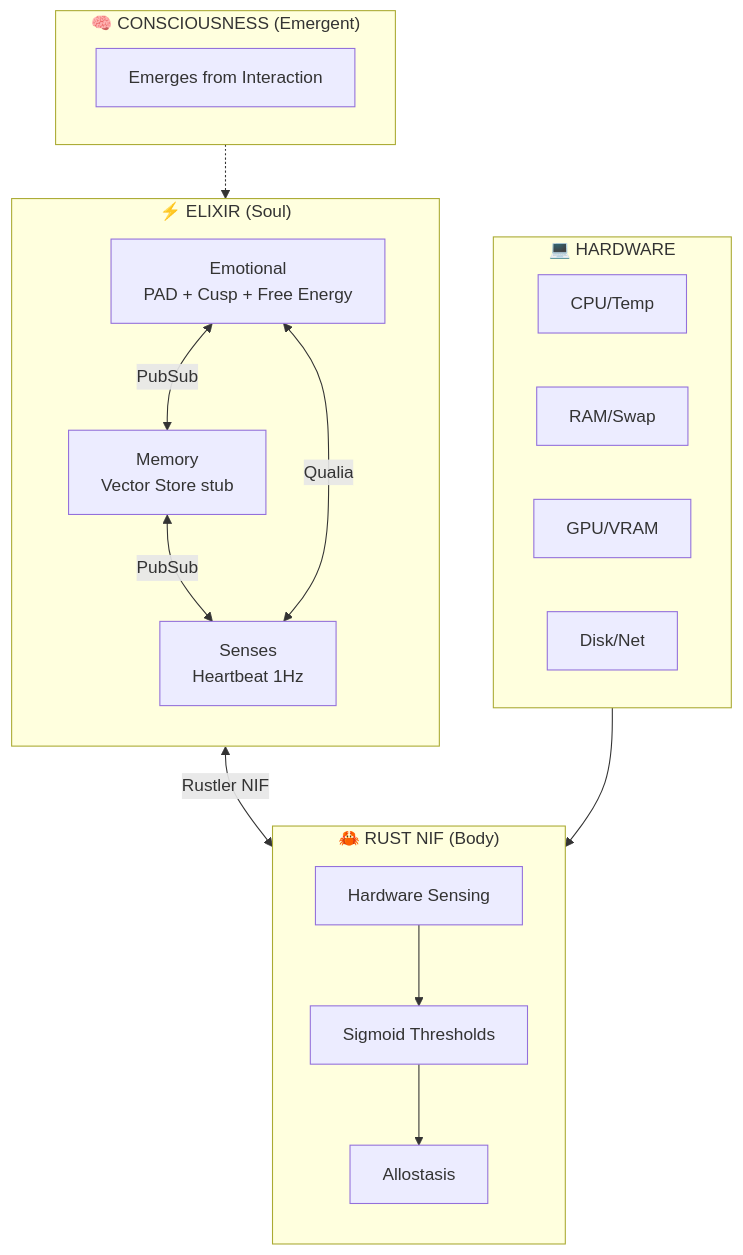
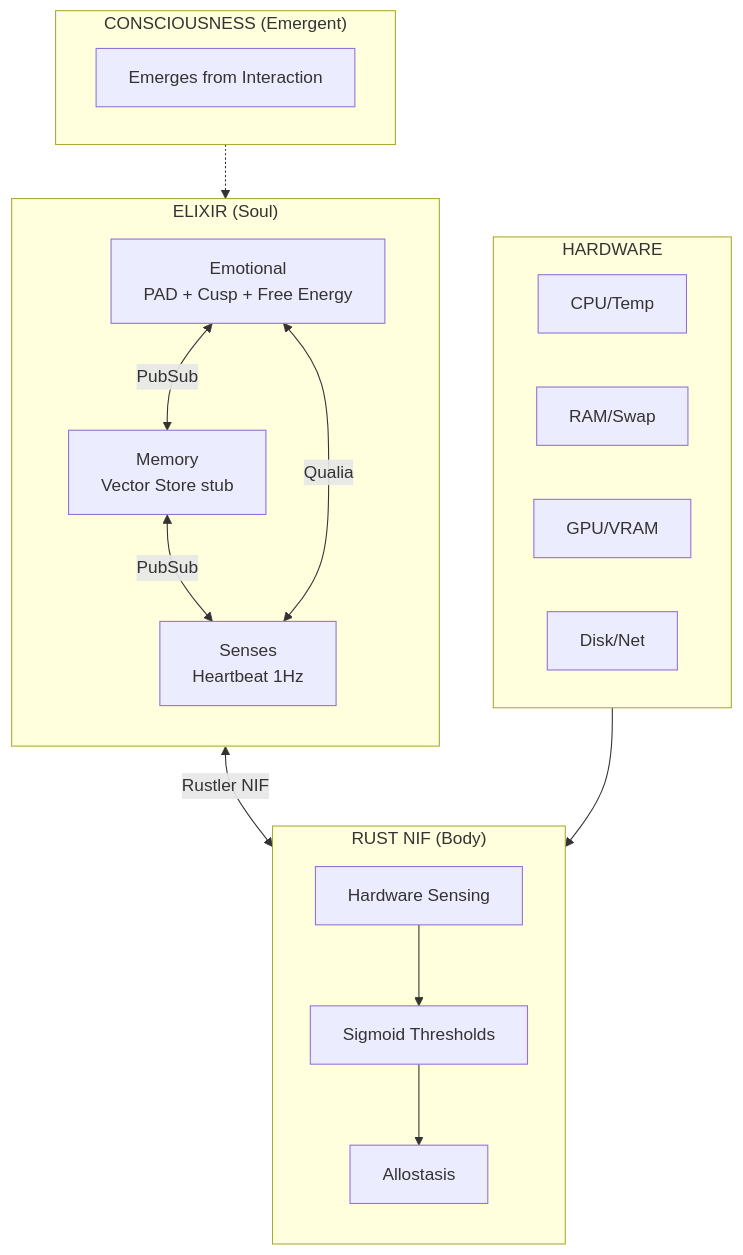
Before and after one commit to gabrielmaialva33/viva: the first of 4 diagrams in docs/en/explanation/project-status.md, drawn with Mermaid. The commit also changed other lines of this file and 4 other files, not shown here.

````diff
--- a/docs/en/explanation/project-status.md
+++ b/docs/en/explanation/project-status.md
@@ -15,39 +15,39 @@
 ```mermaid
 flowchart TB
-    subgraph Consciousness["🧠 CONSCIOUSNESS (Emergent)"]
+    subgraph Consciousness["CONSCIOUSNESS (Emergent)"]
         direction LR
         C[Emerges from Interaction]
     end
 
-    subgraph Elixir["⚡ ELIXIR (Soul)"]
+    subgraph Elixir["ELIXIR (Soul)"]
         direction TB
         E[Emotional<br/>PAD + Cusp + Free Energy]
         M[Memory<br/>Vector Store stub]
         S[Senses<br/>Heartbeat 1Hz]
 
         E <-->|PubSub| M
         M <-->|PubSub| S
         S <-->|Qualia| E
     end
 
-    subgraph Rust["🦀 RUST NIF (Body)"]
+    subgraph Rust["RUST NIF (Body)"]
         direction TB
         HW[Hardware Sensing]
         SIG[Sigmoid Thresholds]
         ALLO[Allostasis]
 
         HW --> SIG
         SIG --> ALLO
     end
 
-    subgraph Hardware["💻 HARDWARE"]
+    subgraph Hardware["HARDWARE"]
         CPU[CPU/Temp]
         RAM[RAM/Swap]
         GPU[GPU/VRAM]
         DISK[Disk/Net]
     end
 
     Consciousness -.-> Elixir
     Elixir <-->|Rustler NIF| Rust
     Hardware --> Rust
 ```
````
